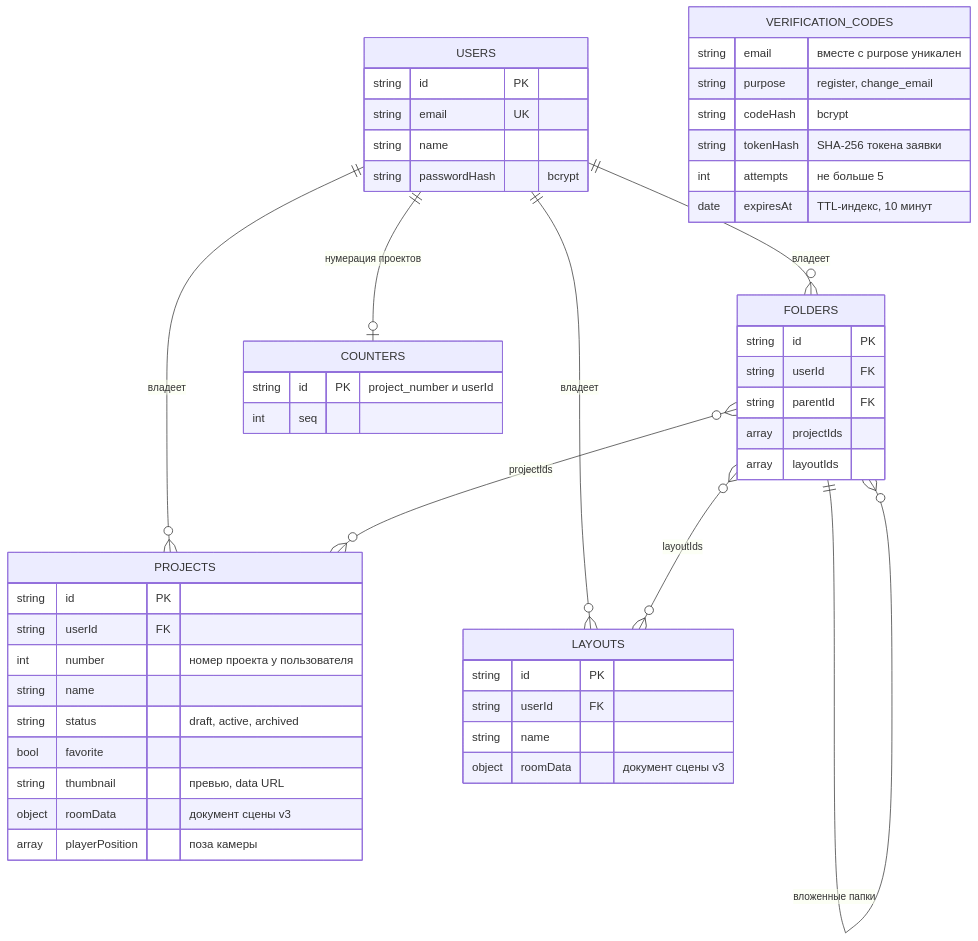
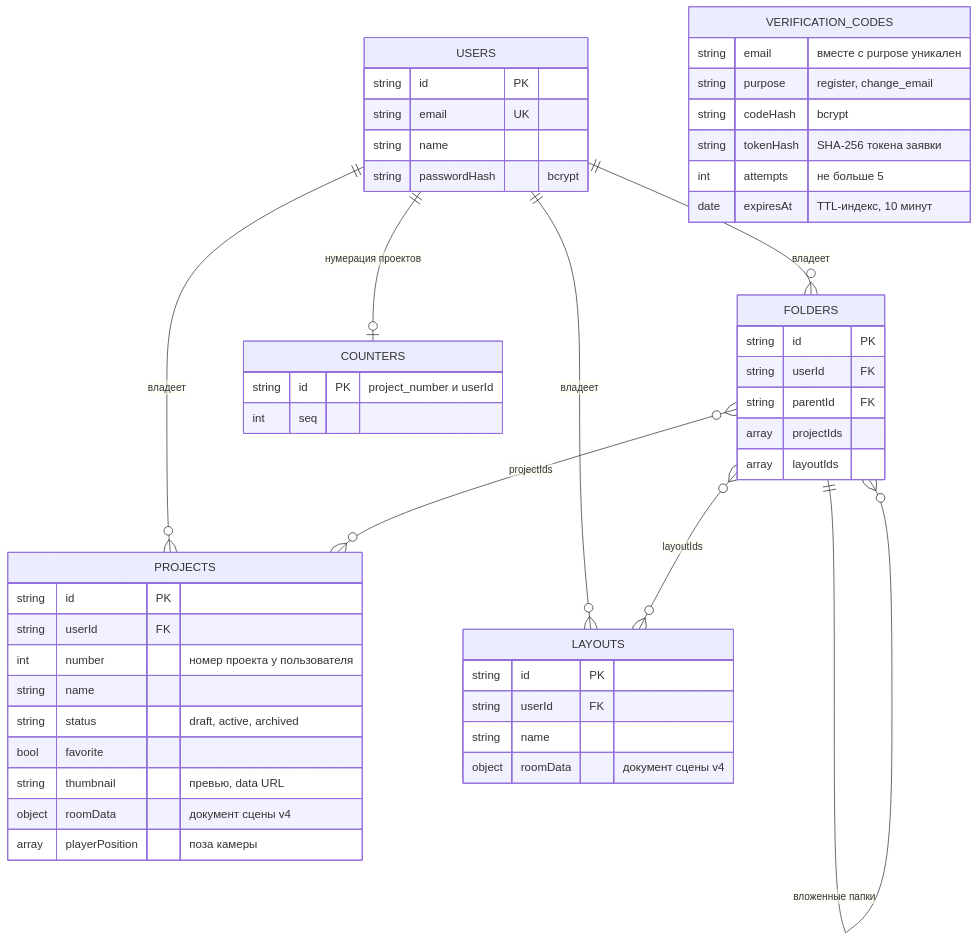
The eighth of 12 diagrams in README.md (execada/VRHomeConstruction), drawn with Mermaid before and after one commit. The commit also changed other lines of this file and 4 other files, not shown here.

````diff
--- a/README.md
+++ b/README.md
@@ -297,53 +322,53 @@
 ```mermaid
 erDiagram
     USERS ||--o{ PROJECTS : "владеет"
     USERS ||--o{ FOLDERS : "владеет"
     USERS ||--o{ LAYOUTS : "владеет"
     USERS ||--o| COUNTERS : "нумерация проектов"
     FOLDERS ||--o{ FOLDERS : "вложенные папки"
     FOLDERS }o--o{ PROJECTS : "projectIds"
     FOLDERS }o--o{ LAYOUTS : "layoutIds"
 
     USERS {
         string id PK
         string email UK
         string name
         string passwordHash "bcrypt"
     }
     PROJECTS {
         string id PK
         string userId FK
         int number "номер проекта у пользователя"
         string name
         string status "draft, active, archived"
         bool favorite
         string thumbnail "превью, data URL"
-        object roomData "документ сцены v3"
+        object roomData "документ сцены v4"
         array playerPosition "поза камеры"
     }
     FOLDERS {
         string id PK
         string userId FK
         string parentId FK
         array projectIds
         array layoutIds
     }
     LAYOUTS {
         string id PK
         string userId FK
         string name
-        object roomData "документ сцены v3"
+        object roomData "документ сцены v4"
     }
     VERIFICATION_CODES {
         string email "вместе с purpose уникален"
         string purpose "register, change_email"
         string codeHash "bcrypt"
         string tokenHash "SHA-256 токена заявки"
         int attempts "не больше 5"
         date expiresAt "TTL-индекс, 10 минут"
     }
     COUNTERS {
         string id PK "project_number и userId"
         int seq
     }
 ```
````
